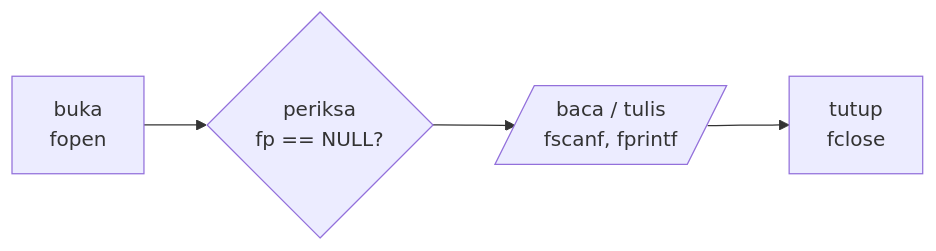
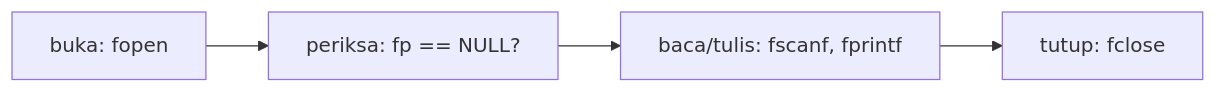
One commit to artnugraha/algoritma-pemrograman changed the first of 2 diagrams in Catatan-Kuliah/materi-07.md. Above: the diagram before and after it, drawn with Mermaid. The commit also changed other lines of this file and 2 other files, not shown here.

````diff
--- a/Catatan-Kuliah/materi-07.md
+++ b/Catatan-Kuliah/materi-07.md
@@ -152,6 +149,6 @@
 ```mermaid
 flowchart LR
-    A["buka<br/>fopen"] --> B{"periksa<br/>fp == NULL?"}
-    B --> C[/"baca / tulis<br/>fscanf, fprintf"/]
-    C --> D["tutup<br/>fclose"]
+    A["buka: fopen"] --> B["periksa: fp == NULL?"]
+    B --> C["baca/tulis: fscanf, fprintf"]
+    C --> D["tutup: fclose"]
 ```
````
